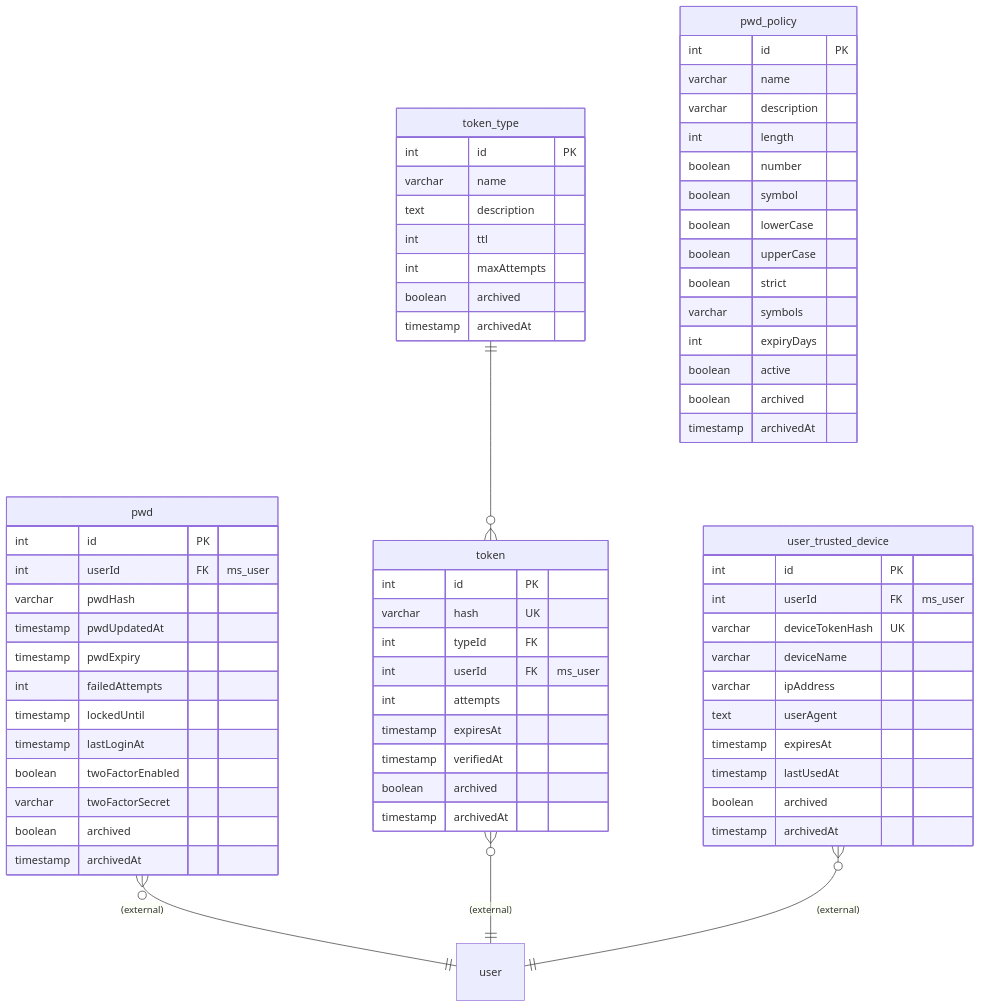
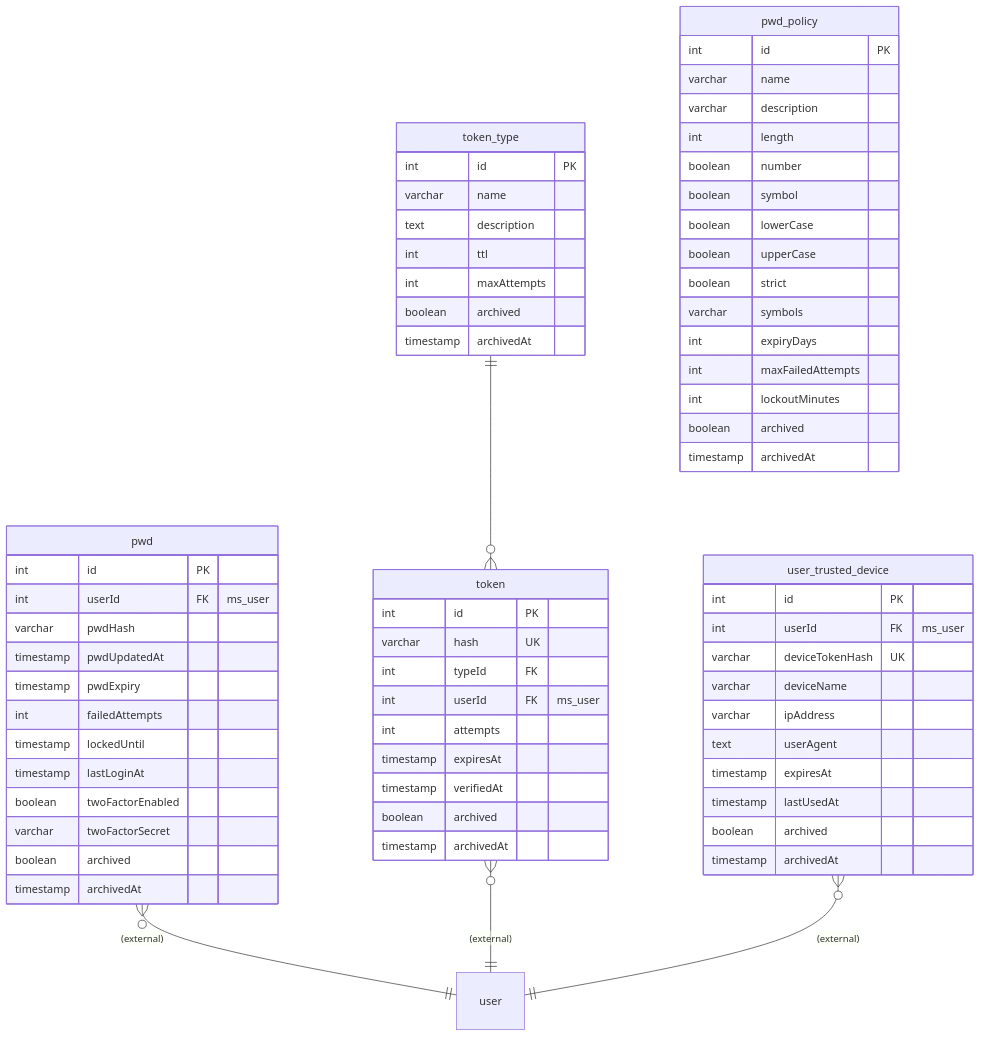
One commit to ALTEN-group/Foxnox changed the first of 2 diagrams in doc/erd.md. Above: the diagram before and after it, drawn with Mermaid. The commit also changed 16 other files, not shown here.

Commit message:
feat: implement password policy lockout mechanism with max failed attempts and lockout duration

```diff
--- a/doc/erd.md
+++ b/doc/erd.md
@@ -39,7 +39,8 @@
     boolean strict
     varchar symbols
     int expiryDays
-    boolean active
+    int maxFailedAttempts
+    int lockoutMinutes
     boolean archived
     timestamp archivedAt
   }
```
